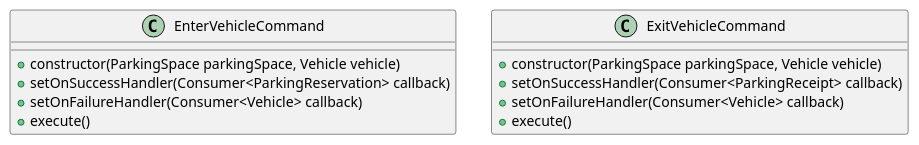
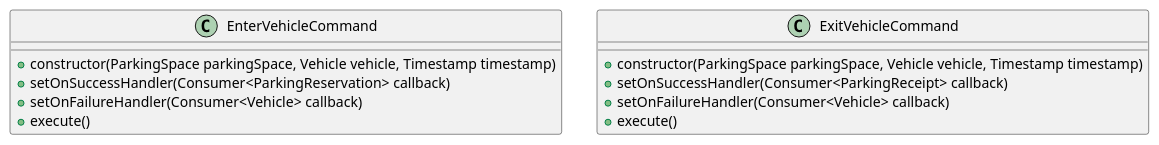
One commit to mettyoung/automated-valet-car-parking-system changed the diagram in docs/c4-application.puml. Above: the diagram before and after it, drawn with PlantUML. The commit also changed 3 other files, not shown here.

```diff
--- a/docs/c4-application.puml
+++ b/docs/c4-application.puml
@@ -1,15 +1,15 @@
 @startuml
 class EnterVehicleCommand {
-    + constructor(ParkingSpace parkingSpace, Vehicle vehicle)
+    + constructor(ParkingSpace parkingSpace, Vehicle vehicle, Timestamp timestamp)
     + setOnSuccessHandler(Consumer<ParkingReservation> callback)
     + setOnFailureHandler(Consumer<Vehicle> callback)
     + execute()
 }
 
 class ExitVehicleCommand {
-    + constructor(ParkingSpace parkingSpace, Vehicle vehicle)
+    + constructor(ParkingSpace parkingSpace, Vehicle vehicle, Timestamp timestamp)
     + setOnSuccessHandler(Consumer<ParkingReceipt> callback)
     + setOnFailureHandler(Consumer<Vehicle> callback)
     + execute()
 }
 @enduml
```
